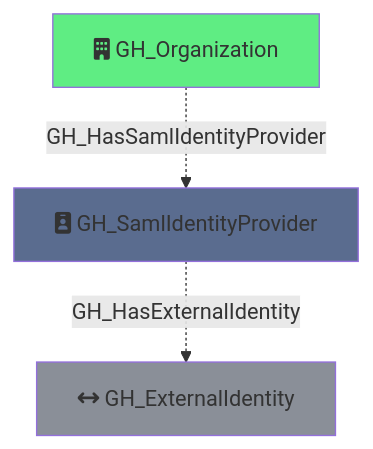
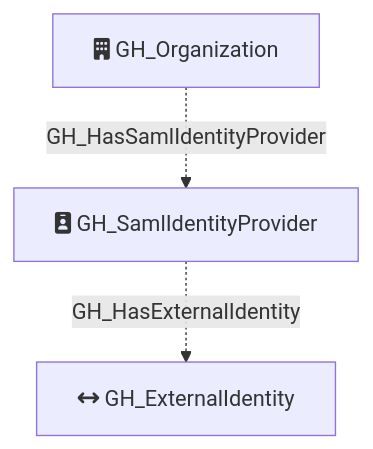
Before and after one commit to SpecterOps/GitHound: the diagram in Documentation/NodeDescriptions/GH_SamlIdentityProvider.md, drawn with Mermaid. The commit also changed 23 other files, not shown here.

Commit message:
rm mermaid box colors

````diff
--- a/Documentation/NodeDescriptions/GH_SamlIdentityProvider.md
+++ b/Documentation/NodeDescriptions/GH_SamlIdentityProvider.md
@@ -39,13 +39,10 @@
 ```mermaid
 flowchart TD
     GH_Organization[fa:fa-building GH_Organization]
     GH_SamlIdentityProvider[fa:fa-id-badge GH_SamlIdentityProvider]
     GH_ExternalIdentity[fa:fa-arrows-left-right GH_ExternalIdentity]
 
-    style GH_Organization fill:#5FED83
-    style GH_SamlIdentityProvider fill:#5A6C8F
-    style GH_ExternalIdentity fill:#8A8F98
 
     GH_Organization -.->|GH_HasSamlIdentityProvider| GH_SamlIdentityProvider
     GH_SamlIdentityProvider -.->|GH_HasExternalIdentity| GH_ExternalIdentity
 ```
````
